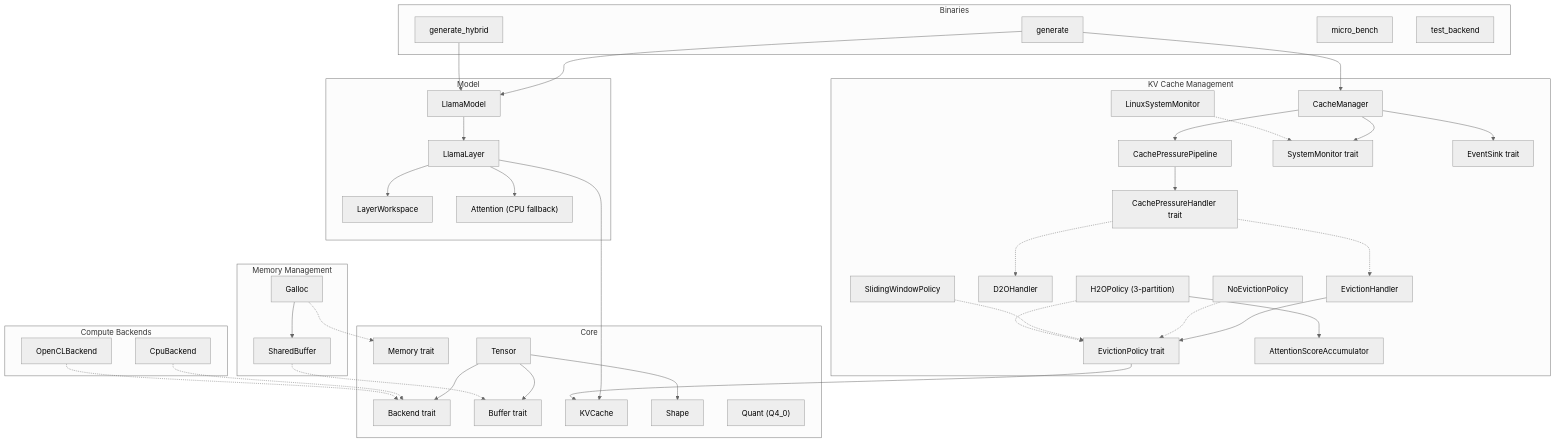
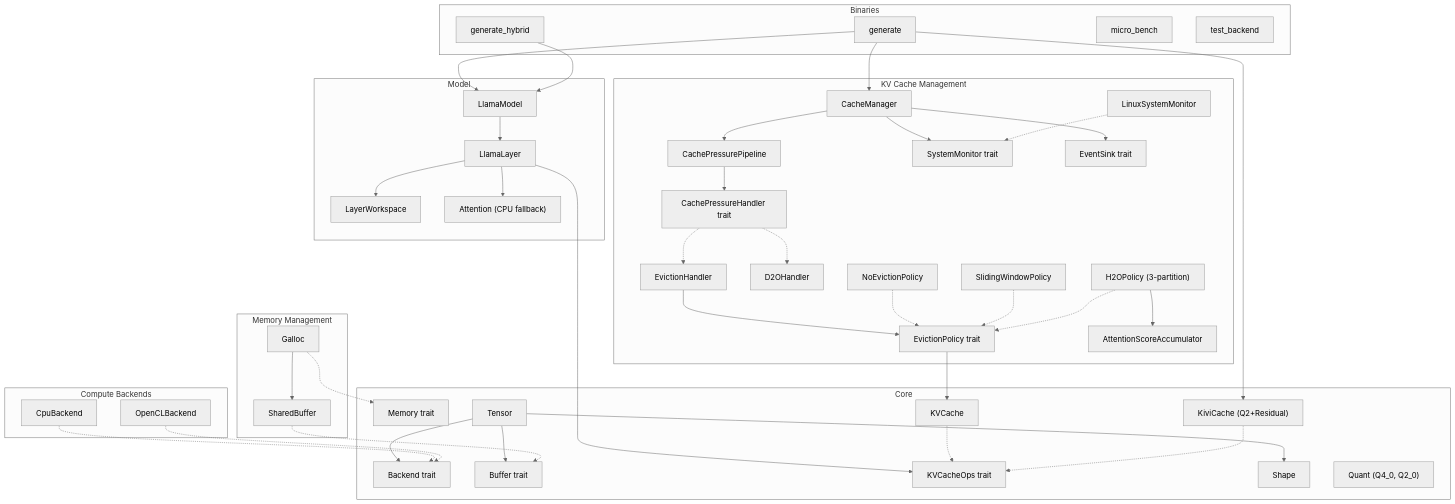
Before and after one commit to hedone21/llm_rs2: the first of 3 diagrams in ARCHITECTURE.md, drawn with Mermaid (neutral theme). The commit also changed other lines of this file and 3 other files, not shown here.

Commit message:
docs: update ARCHITECTURE.md with KIVI Q2 cache and KVCacheOps trait

```diff
--- a/ARCHITECTURE.md
+++ b/ARCHITECTURE.md
@@ -39,10 +39,12 @@
         BackendTrait["Backend trait"]
         MemoryTrait["Memory trait"]
         BufferTrait["Buffer trait"]
+        KVCacheOpsTrait["KVCacheOps trait"]
         KVCache["KVCache"]
+        KiviCache["KiviCache (Q2+Residual)"]
         Tensor["Tensor"]
         Shape["Shape"]
-        Quant["Quant (Q4_0)"]
+        Quant["Quant (Q4_0, Q2_0)"]
     end
 
     subgraph EvictionSubsystem ["KV Cache Management"]
@@ -76,7 +78,9 @@
     LlamaModel --> LlamaLayer
     LlamaLayer --> LayerWS
     LlamaLayer --> Attention
-    LlamaLayer --> KVCache
+    LlamaLayer --> KVCacheOpsTrait
+    KVCache -.-> KVCacheOpsTrait
+    KiviCache -.-> KVCacheOpsTrait
 
     Generate --> CacheManager
     CacheManager --> Pipeline
@@ -91,6 +95,7 @@
     H2O -.-> EvictionPolicy
     LinuxMonitor -.-> SysMonitor
     EvictionPolicy --> KVCache
+    Generate --> KiviCache
     H2O --> ScoreAccum
 
     Tensor --> BufferTrait
```
